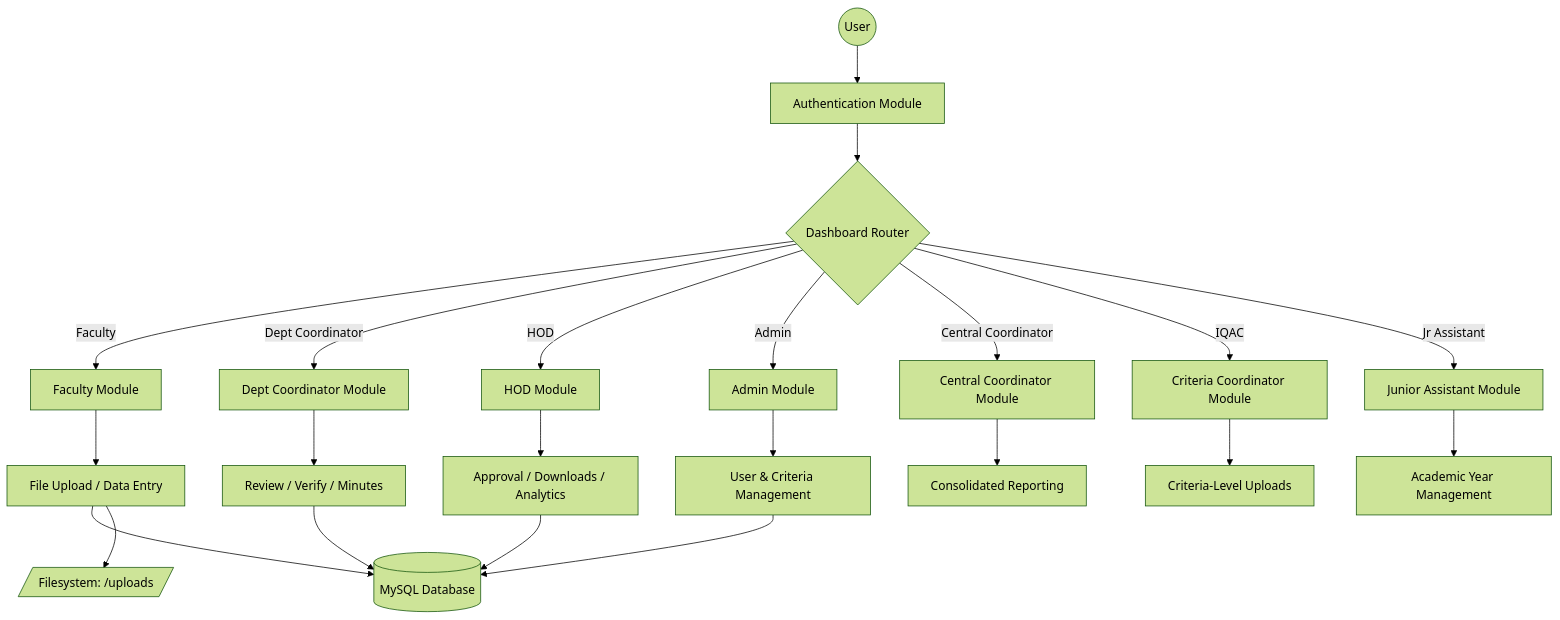
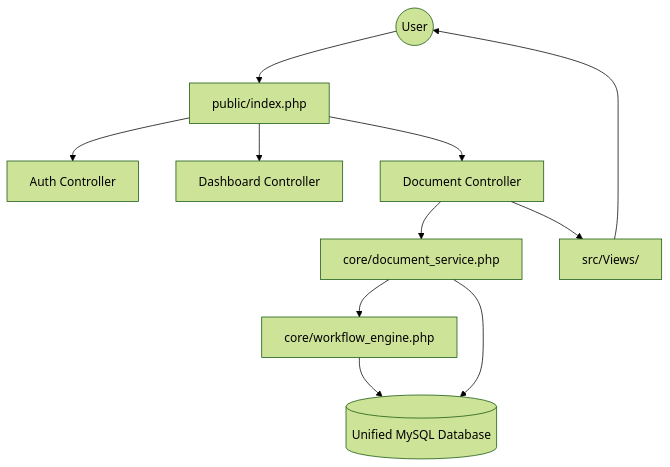
The first of 2 diagrams in README.md (Karanam-Gowtham/FMS), drawn with Mermaid (forest theme) before and after one commit. The commit also changed other lines of this file, not shown here.

````diff
--- a/README.md
+++ b/README.md
@@ -35,24 +37,16 @@
 ```mermaid
 graph TD
-    User((User)) --> Auth[Authentication Module]
-    Auth --> Dashboard{Dashboard Router}
+    Client((User)) --> Router[public/index.php]
+    Router --> Auth[Auth Controller]
+    Router --> DashCtrl[Dashboard Controller]
+    Router --> DocCtrl[Document Controller]
     
-    Dashboard -- Faculty --> FacMod[Faculty Module]
-    Dashboard -- Dept Coordinator --> DCMod[Dept Coordinator Module]
-    Dashboard -- HOD --> HODMod[HOD Module]
-    Dashboard -- Admin --> AdminMod[Admin Module]
-    Dashboard -- Central Coordinator --> CCMod[Central Coordinator Module]
-    Dashboard -- IQAC --> IQACMod[Criteria Coordinator Module]
-    Dashboard -- Jr Assistant --> JAMod[Junior Assistant Module]
+    DocCtrl --> Service[core/document_service.php]
+    Service --> Workflow[core/workflow_engine.php]
     
-    FacMod --> Upload[File Upload / Data Entry]
-    DCMod --> Review[Review / Verify / Minutes]
-    HODMod --> FinalApprove[Approval / Downloads / Analytics]
-    CCMod --> Consolidation[Consolidated Reporting]
-    AdminMod --> Config[User & Criteria Management]
-    IQACMod --> CritMgmt[Criteria-Level Uploads]
-    JAMod --> AcdYear[Academic Year Management]
+    Workflow --> DB[(Unified MySQL Database)]
+    Service --> DB
     
-    Upload & Review & FinalApprove & Config --> DB[(MySQL Database)]
-    Upload --> Storage[/Filesystem: /uploads/]
+    DocCtrl --> Views[src/Views/]
+    Views --> Client
 ```
````
